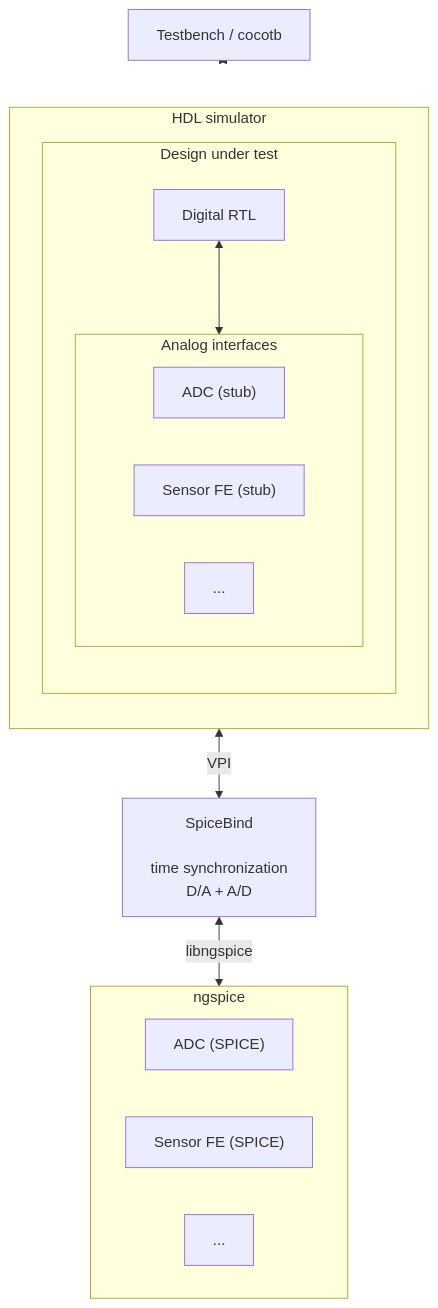
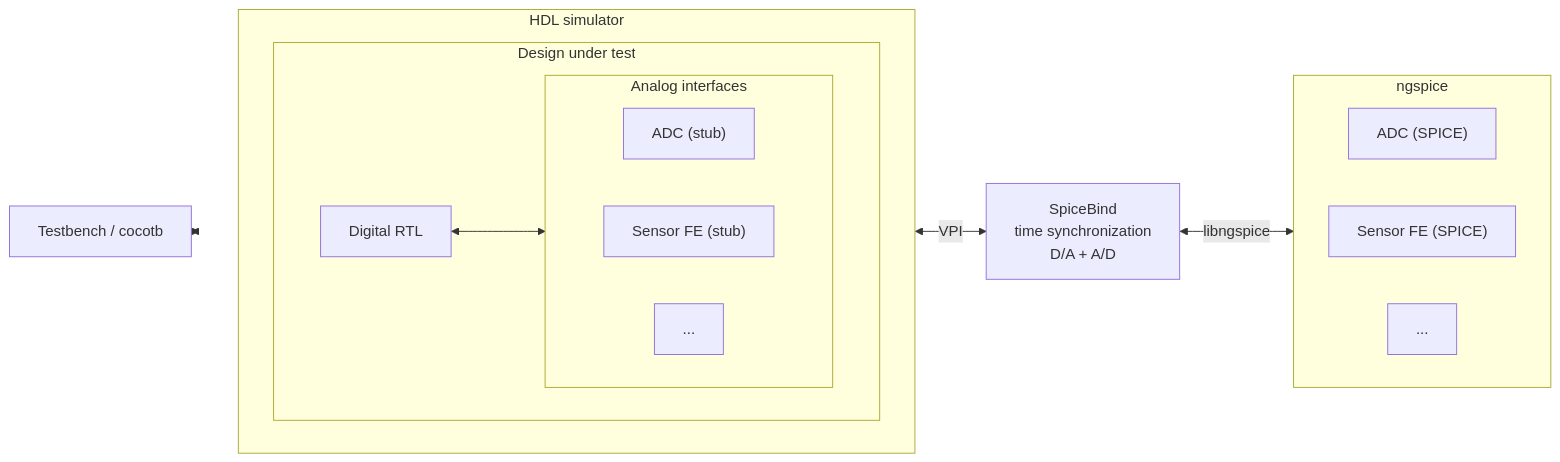
The diagram in README.md (themperek/spicebind), drawn with Mermaid before and after one commit. The commit also changed 2 other files, not shown here.

Commit message:
Update README and GitHub Actions to use latest versions (#25)
Update README and GitHub Actions to use latest versions

````diff
--- a/README.md
+++ b/README.md
@@ -46,38 +46,38 @@
 ```mermaid
-flowchart TB
+flowchart LR
 
     TB["Testbench / cocotb"]
 
     subgraph HDL["HDL simulator"]
-        direction TB
+        direction LR
 
         subgraph DUT["Design under test"]
-            direction TB
+            direction LR
 
             RTL["Digital RTL"]
 
             subgraph AI["Analog interfaces"]
                 direction LR
                 ADC["ADC (stub)"]
                 FE["Sensor FE (stub)"]
                 MORE["..."]
             end
 
             RTL <--> AI
         end
     end
 
-    SB["SpiceBind<br/><br/>time synchronization<br/>D/A + A/D"]
+    SB["SpiceBind<br/>time synchronization<br/>D/A + A/D"]
 
     subgraph NG["ngspice"]
         direction LR
         ADCSP["ADC (SPICE)"]
         FESP["Sensor FE (SPICE)"]
         MORESP["..."]
     end
 
     TB <--> DUT
 
     AI <-->|VPI| SB
     SB <-->|libngspice| NG
 ```
````
